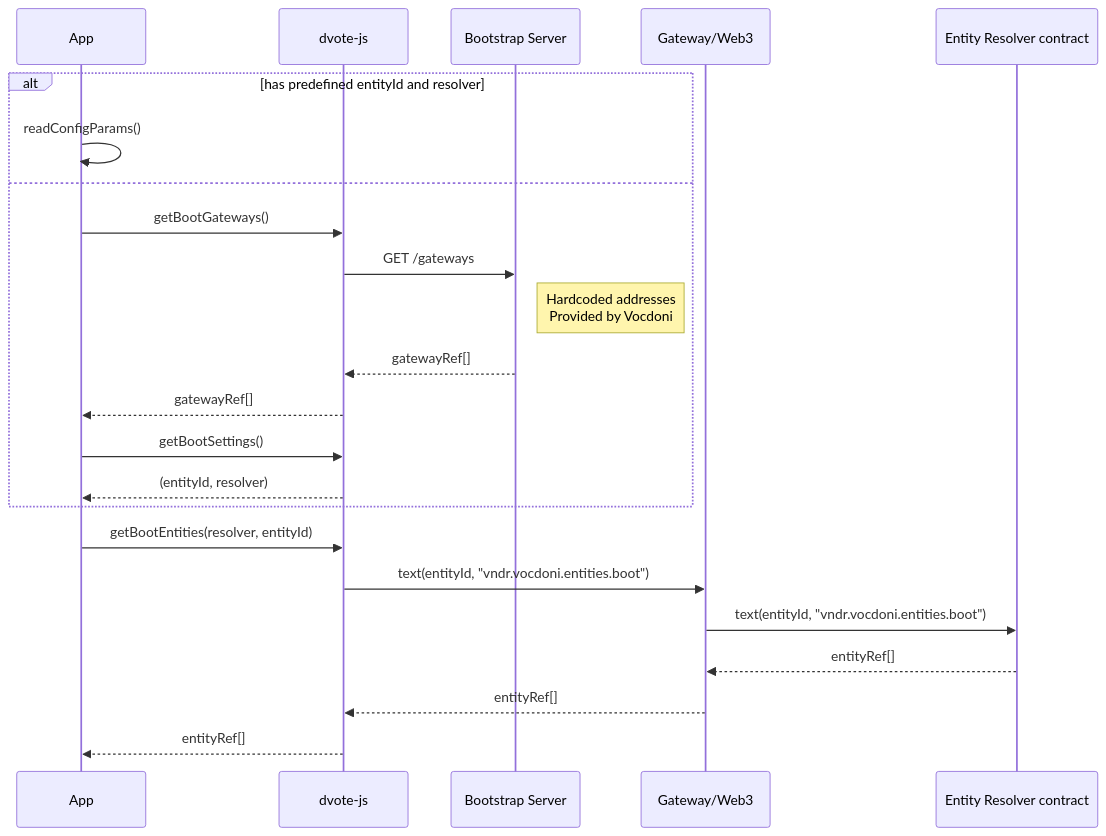
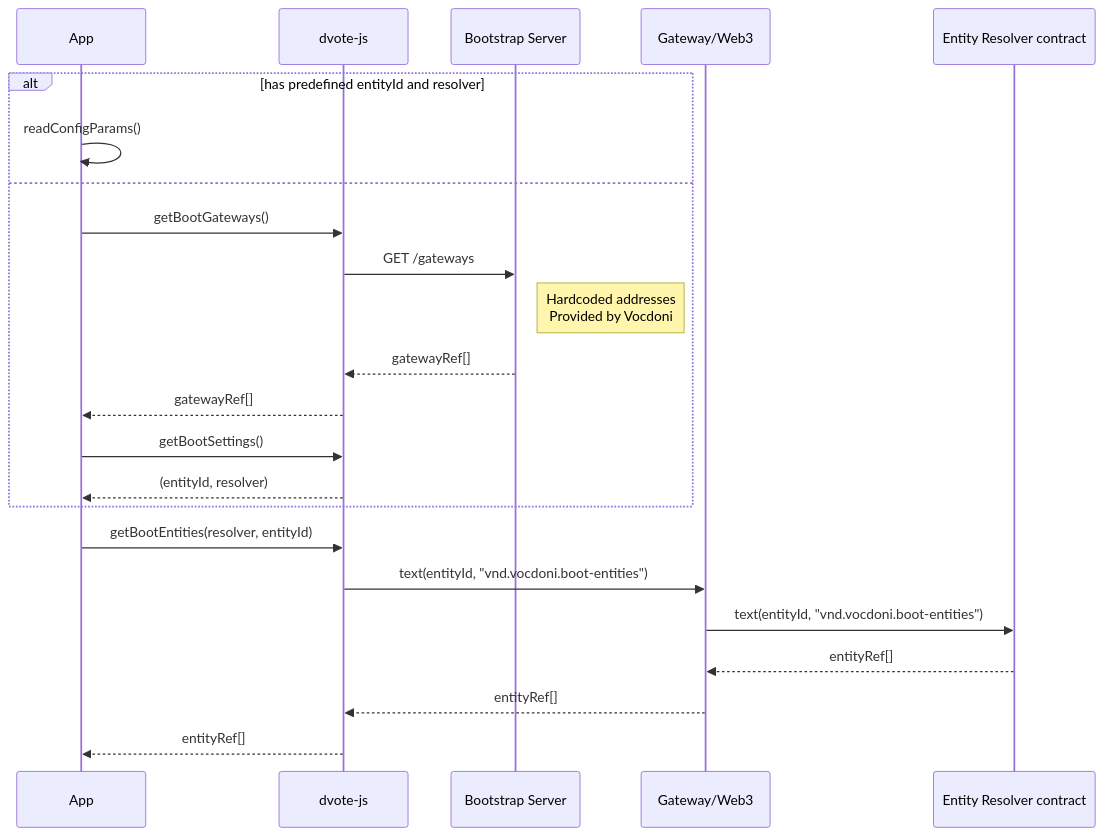
Before and after one commit to vocdoni/docs: the second of 15 diagrams in docs/architecture/sequence-diagrams.md, drawn with Mermaid. The commit also changed other lines of this file, not shown here.

Commit message:
Updating EntityResolver keys and list() method insteado of text()

````diff
--- a/docs/architecture/sequence-diagrams.md
+++ b/docs/architecture/sequence-diagrams.md
@@ -93,30 +93,30 @@
 ```mermaid
 
 sequenceDiagram
     participant App
     participant DV as dvote-js
     participant BS as Bootstrap Server
     participant GW as Gateway/Web3
     participant ER as Entity Resolver contract
 
     alt has predefined entityId and resolver
         App->>App: readConfigParams()
     else
         App->>DV: getBootGateways()
         DV->>BS: GET /gateways
         note right of BS: Hardcoded addresses<br/>Provided by Vocdoni
         BS-->>DV: gatewayRef[]
         DV-->>App: gatewayRef[]
 
         App->>DV: getBootSettings()
         DV-->>App: (entityId, resolver)
     end
 
     App->>DV: getBootEntities(resolver, entityId)
-        DV->>GW: text(entityId, "vndr.vocdoni.entities.boot")
-            GW->>ER: text(entityId, "vndr.vocdoni.entities.boot")
+        DV->>GW: text(entityId, "vnd.vocdoni.boot-entities")
+            GW->>ER: text(entityId, "vnd.vocdoni.boot-entities")
             ER-->>GW: entityRef[]
         GW-->>DV: entityRef[]
     DV-->>App:  entityRef[]
 
 ```
````
